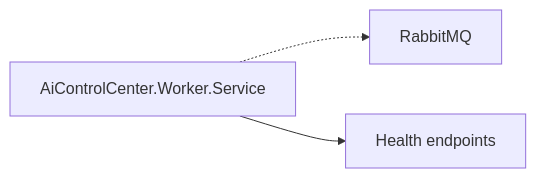
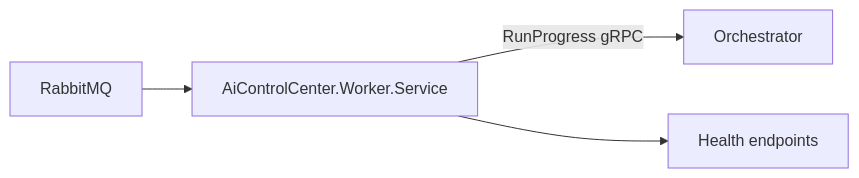
The diagram in src/Services/Worker/README.md (SqeeZarion/AiControlCenter), drawn with Mermaid before and after one commit. The commit also changed other lines of this file and 133 other files, not shown here.

````diff
--- a/src/Services/Worker/README.md
+++ b/src/Services/Worker/README.md
@@ -5,5 +5,6 @@
 ```mermaid
 flowchart LR
-    Worker["AiControlCenter.Worker.Service"] -.-> RabbitMQ
+    RabbitMQ --> Worker["AiControlCenter.Worker.Service"]
+    Worker -->|"RunProgress gRPC"| Orchestrator
     Worker --> Health["Health endpoints"]
 ```
````
